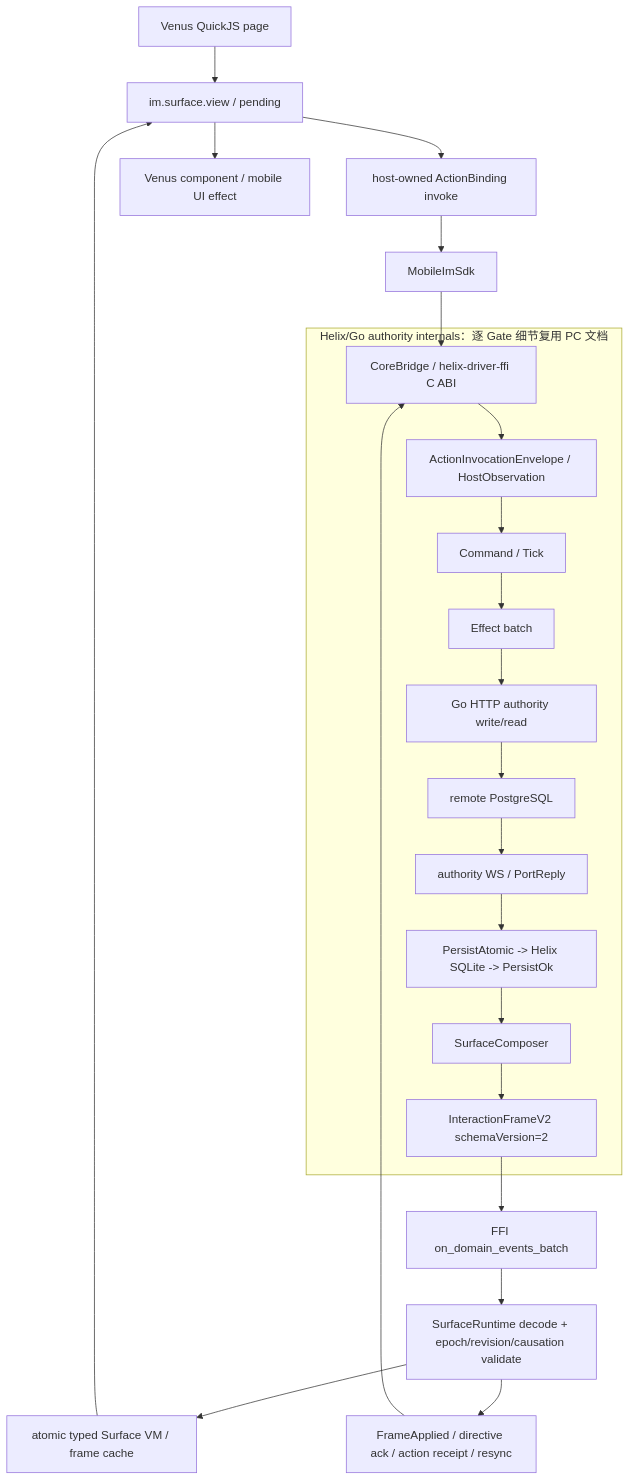
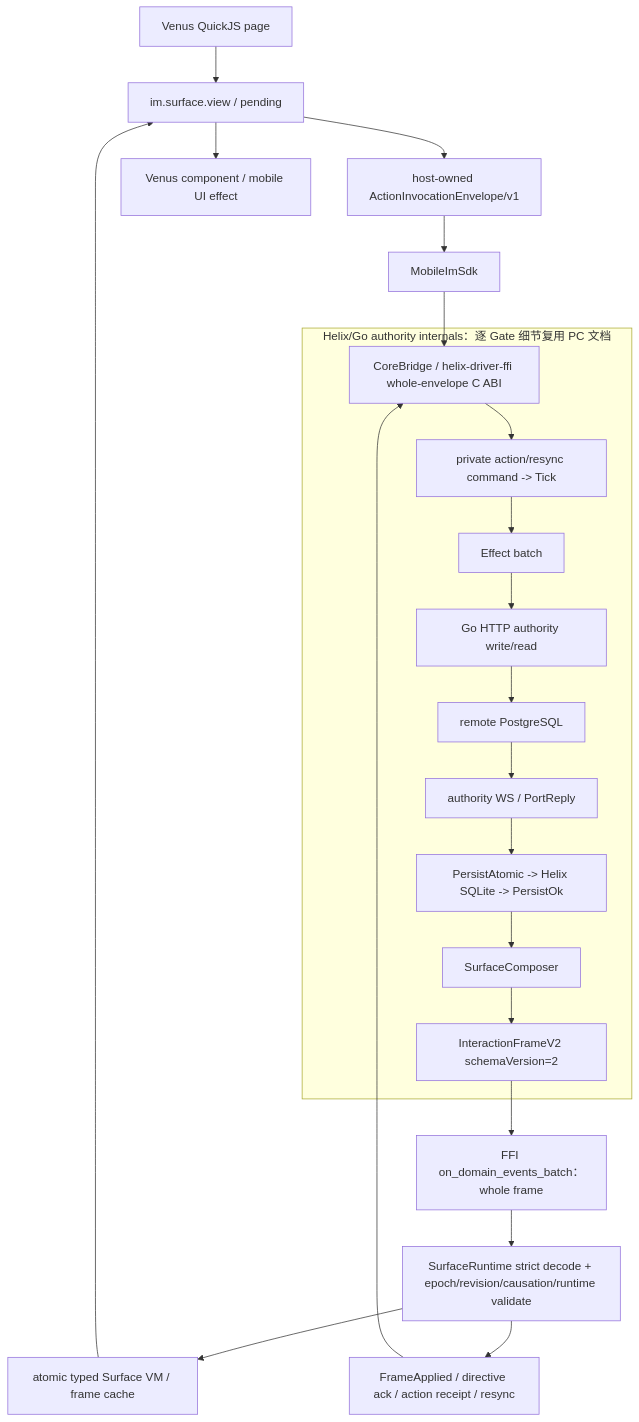
The diagram in docs/interaction-frame-v2-移动端全量替换-按UC/03-Mobile-Frame-V2目标公共架构.md (zxs1633079383/helix), drawn with Mermaid before and after one commit. The commit also changed other lines of this file and 425 other files, not shown here.

````diff
--- a/docs/interaction-frame-v2-移动端全量替换-按UC/03-Mobile-Frame-V2目标公共架构.md
+++ b/docs/interaction-frame-v2-移动端全量替换-按UC/03-Mobile-Frame-V2目标公共架构.md
@@ -3,27 +3,26 @@
 ```mermaid
 flowchart TD
   Page["Venus QuickJS page"] --> View["im.surface.view / pending"]
-  View --> Intent["host-owned ActionBinding invoke"]
+  View --> Intent["host-owned ActionInvocationEnvelope/v1"]
   Intent --> SDK["MobileImSdk"]
-  SDK --> Bridge["CoreBridge / helix-driver-ffi C ABI"]
+  SDK --> Bridge["CoreBridge / helix-driver-ffi whole-envelope C ABI"]
 
   subgraph HelixInternal["Helix/Go authority internals：逐 Gate 细节复用 PC 文档"]
-    Bridge --> Envelope["ActionInvocationEnvelope / HostObservation"]
-    Envelope --> Tick["Command / Tick"]
+    Bridge --> Tick["private action/resync command -> Tick"]
     Tick --> Effect["Effect batch"]
     Effect --> Http["Go HTTP authority write/read"]
     Http --> Pg["remote PostgreSQL"]
     Pg --> Ws["authority WS / PortReply"]
     Ws --> Persist["PersistAtomic -> Helix SQLite -> PersistOk"]
     Persist --> Composer["SurfaceComposer"]
     Composer --> Frame["InteractionFrameV2 schemaVersion=2"]
   end
 
-  Frame --> Batch["FFI on_domain_events_batch"]
-  Batch --> Runtime["SurfaceRuntime decode + epoch/revision/causation validate"]
+  Frame --> Batch["FFI on_domain_events_batch：whole frame"]
+  Batch --> Runtime["SurfaceRuntime strict decode + epoch/revision/causation/runtime validate"]
   Runtime --> Cache["atomic typed Surface VM / frame cache"]
   Cache --> View
   View --> Ui["Venus component / mobile UI effect"]
   Runtime --> Ack["FrameApplied / directive ack / action receipt / resync"]
   Ack --> Bridge
 ```
````
